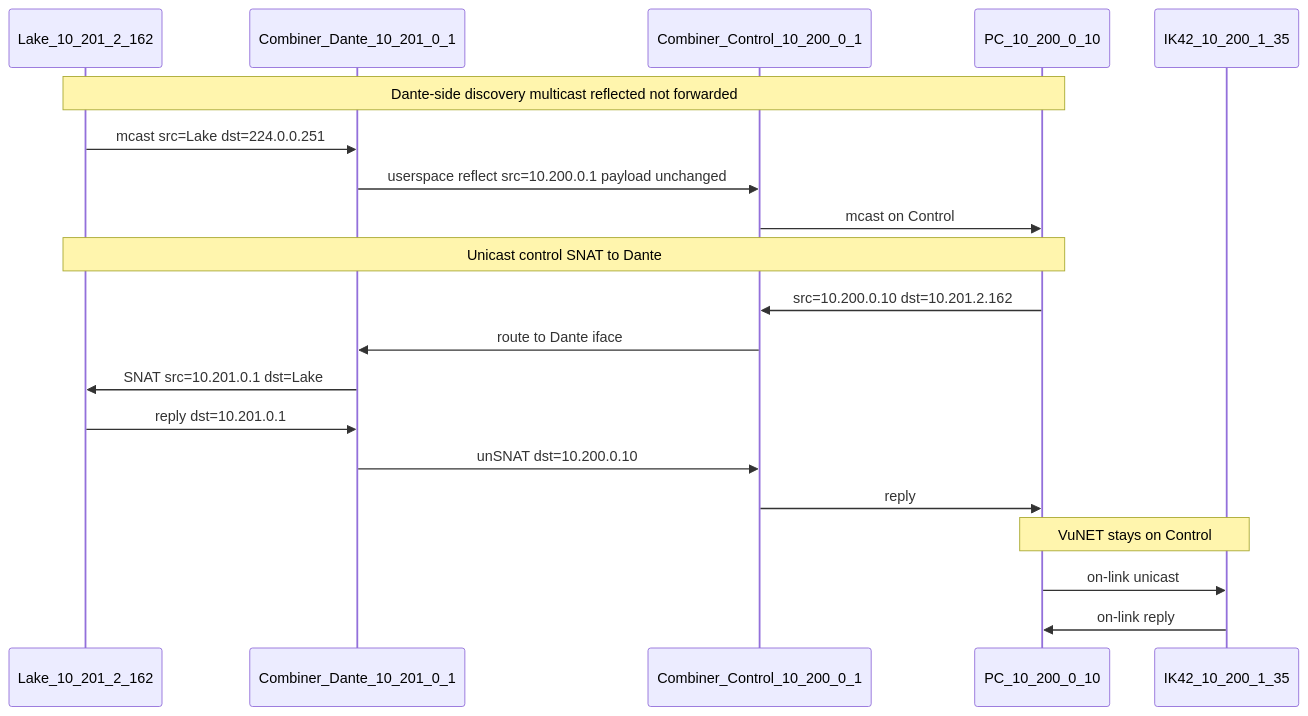
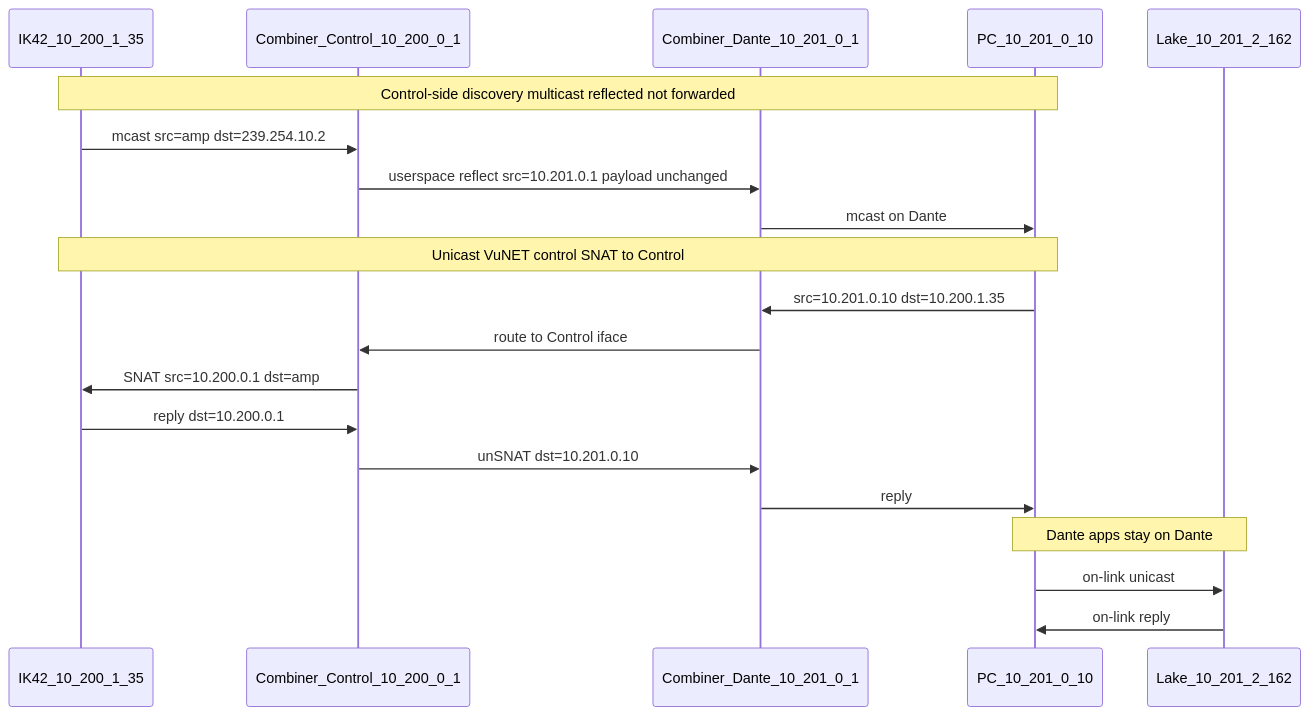
Before and after one commit to misnow1/vunet-dante-combiner-2000: the diagram in docs/packet-flow.md, drawn with Mermaid. The commit also changed other lines of this file and 12 other files, not shown here.

````diff
--- a/docs/packet-flow.md
+++ b/docs/packet-flow.md
@@ -160,25 +166,25 @@
 ```mermaid
 sequenceDiagram
+  participant Amp as IK42_10_200_1_35
+  participant CC as Combiner_Control_10_200_0_1
+  participant CD as Combiner_Dante_10_201_0_1
+  participant PC as PC_10_201_0_10
   participant Lake as Lake_10_201_2_162
-  participant CD as Combiner_Dante_10_201_0_1
-  participant CC as Combiner_Control_10_200_0_1
-  participant PC as PC_10_200_0_10
-  participant Amp as IK42_10_200_1_35
 
-  Note over Lake,PC: Dante-side discovery multicast reflected not forwarded
-  Lake->>CD: mcast src=Lake dst=224.0.0.251
-  CD->>CC: userspace reflect src=10.200.0.1 payload unchanged
-  CC->>PC: mcast on Control
+  Note over Amp,PC: Control-side discovery multicast reflected not forwarded
+  Amp->>CC: mcast src=amp dst=239.254.10.2
+  CC->>CD: userspace reflect src=10.201.0.1 payload unchanged
+  CD->>PC: mcast on Dante
 
-  Note over PC,Lake: Unicast control SNAT to Dante
-  PC->>CC: src=10.200.0.10 dst=10.201.2.162
-  CC->>CD: route to Dante iface
-  CD->>Lake: SNAT src=10.201.0.1 dst=Lake
-  Lake->>CD: reply dst=10.201.0.1
-  CD->>CC: unSNAT dst=10.200.0.10
-  CC->>PC: reply
+  Note over PC,Amp: Unicast VuNET control SNAT to Control
+  PC->>CD: src=10.201.0.10 dst=10.200.1.35
+  CD->>CC: route to Control iface
+  CC->>Amp: SNAT src=10.200.0.1 dst=amp
+  Amp->>CC: reply dst=10.200.0.1
+  CC->>CD: unSNAT dst=10.201.0.10
+  CD->>PC: reply
 
-  Note over PC,Amp: VuNET stays on Control
-  PC->>Amp: on-link unicast
-  Amp->>PC: on-link reply
+  Note over PC,Lake: Dante apps stay on Dante
+  PC->>Lake: on-link unicast
+  Lake->>PC: on-link reply
 ```
````
